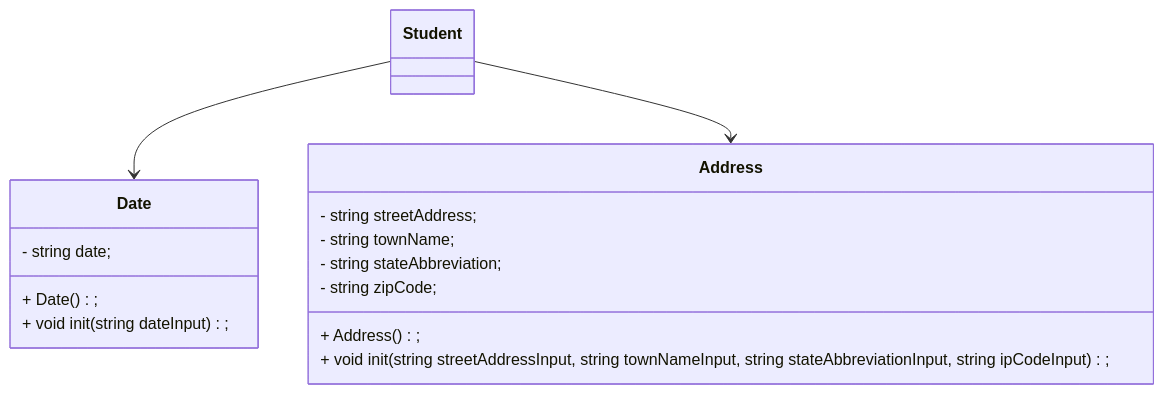
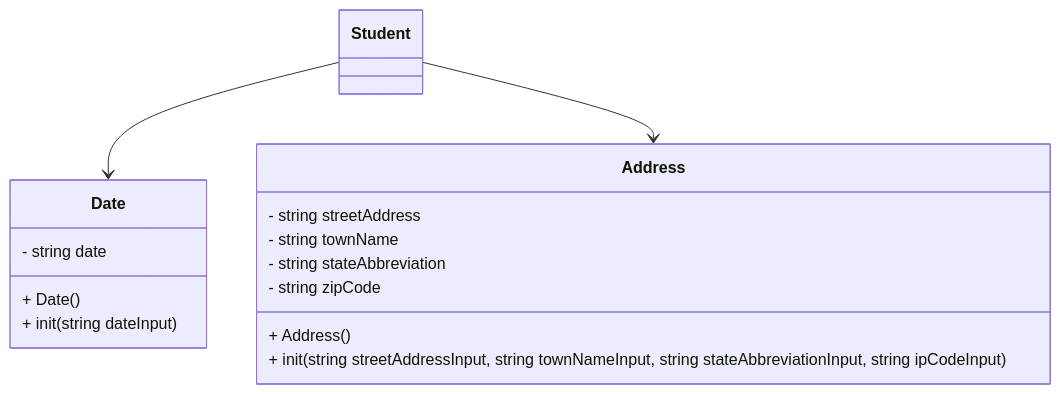
Before and after one commit to fish-2122/CS121-Project-6-Heap-Of-Students: the diagram in README.md, drawn with Mermaid.

Commit message:
finished date and address on mermaid

````diff
--- a/README.md
+++ b/README.md
@@ -3,25 +3,25 @@
 ```mermaid
 classDiagram
 
 class Date {
-    - string date;
-    + Date();
-    + void init(string dateInput);
+    - string date
+    + Date()
+    + init(string dateInput)
 }
 
 class Address {
-    - string streetAddress;
-    - string townName;
-    - string stateAbbreviation;
-    - string zipCode;
-    + Address();
-    + void init(string streetAddressInput, string townNameInput, string stateAbbreviationInput, string ipCodeInput);
+    - string streetAddress
+    - string townName
+    - string stateAbbreviation
+    - string zipCode
+    + Address()
+    + init(string streetAddressInput, string townNameInput, string stateAbbreviationInput, string ipCodeInput)
 }
 
 class Student {
 
 }
 
 Student --> Date
 Student --> Address
 ```
````
